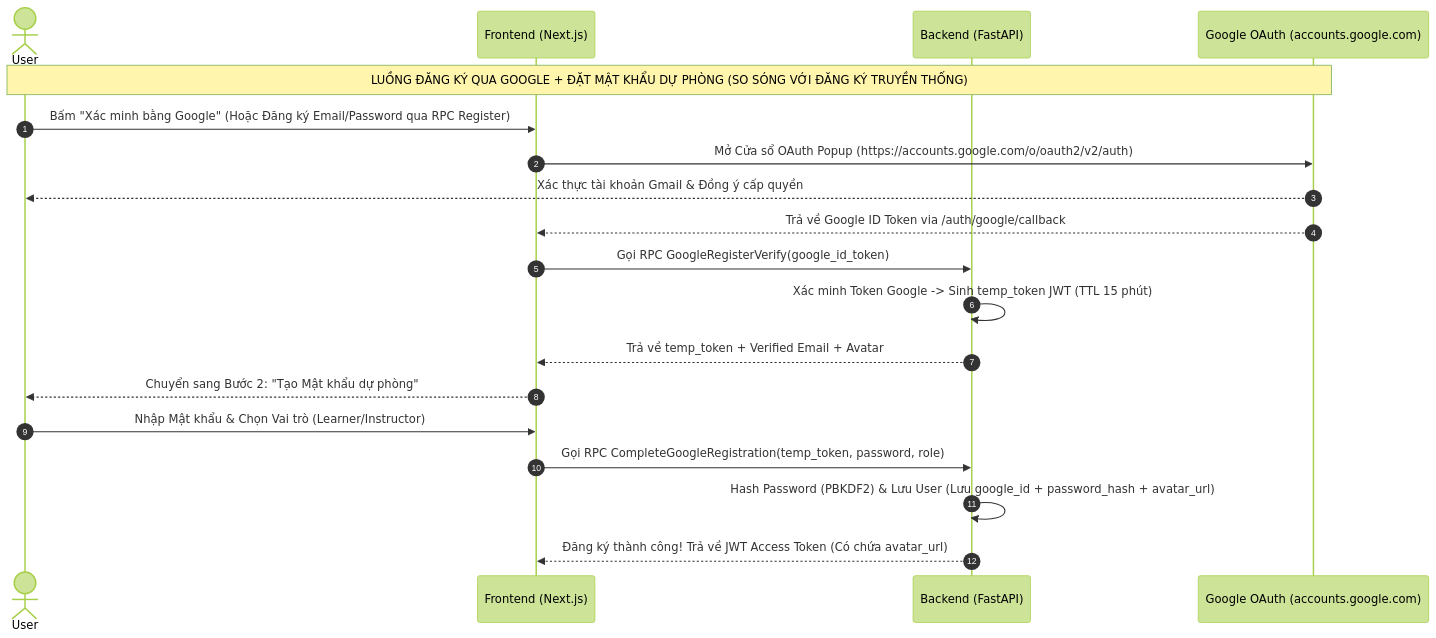
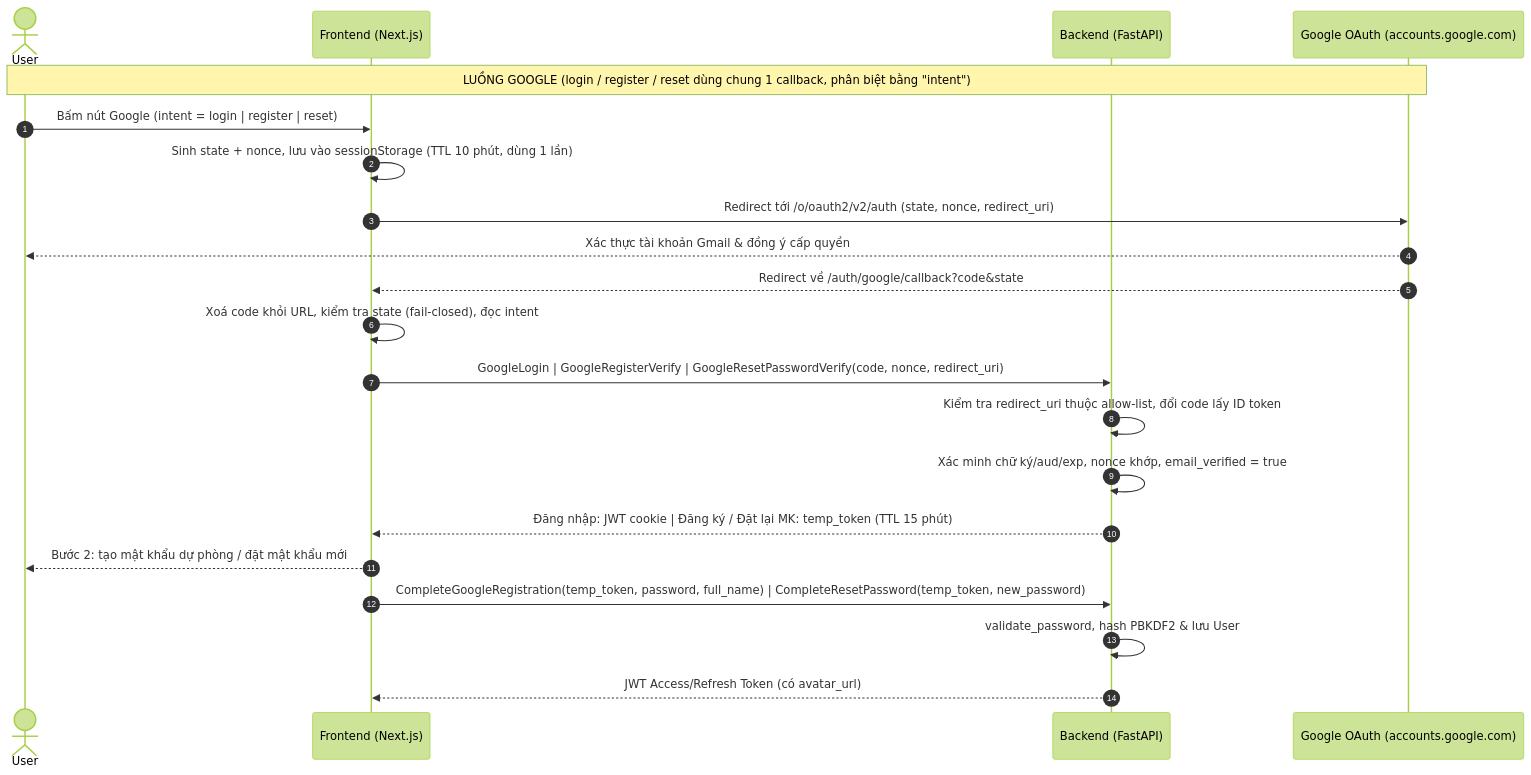
One commit to tianshi04/lms-ai-study-assistant changed the diagram in docs/07_authentication_and_authorization_architecture.md. Above: the diagram before and after it, drawn with Mermaid (forest theme). The commit also changed other lines of this file and 14 other files, not shown here.

Commit message:
fix(auth): remove mock Google auth and harden OAuth redirect flow (#95)

````diff
--- a/docs/07_authentication_and_authorization_architecture.md
+++ b/docs/07_authentication_and_authorization_architecture.md
@@ -90,22 +90,24 @@
 ```mermaid
 sequenceDiagram
     autonumber
     actor User
     participant FE as Frontend (Next.js)
     participant BE as Backend (FastAPI)
     participant GG as Google OAuth (accounts.google.com)
 
-    Note over User, GG: LUỒNG ĐĂNG KÝ QUA GOOGLE + ĐẶT MẬT KHẨU DỰ PHÒNG (SO SÓNG VỚI ĐĂNG KÝ TRUYỀN THỐNG)
-    User->>FE: Bấm "Xác minh bằng Google" (Hoặc Đăng ký Email/Password qua RPC Register)
-    FE->>GG: Mở Cửa sổ OAuth Popup (https://accounts.google.com/o/oauth2/v2/auth)
-    GG-->>User: Xác thực tài khoản Gmail & Đồng ý cấp quyền
-    GG-->>FE: Trả về Google ID Token via /auth/google/callback
-    FE->>BE: Gọi RPC GoogleRegisterVerify(google_id_token)
-    BE->>BE: Xác minh Token Google -> Sinh temp_token JWT (TTL 15 phút)
-    BE-->>FE: Trả về temp_token + Verified Email + Avatar
-    FE-->>User: Chuyển sang Bước 2: "Tạo Mật khẩu dự phòng"
-    User->>FE: Nhập Mật khẩu & Chọn Vai trò (Learner/Instructor)
-    FE->>BE: Gọi RPC CompleteGoogleRegistration(temp_token, password, role)
-    BE->>BE: Hash Password (PBKDF2) & Lưu User (Lưu google_id + password_hash + avatar_url)
-    BE-->>FE: Đăng ký thành công! Trả về JWT Access Token (Có chứa avatar_url)
+    Note over User, GG: LUỒNG GOOGLE (login / register / reset dùng chung 1 callback, phân biệt bằng "intent")
+    User->>FE: Bấm nút Google (intent = login | register | reset)
+    FE->>FE: Sinh state + nonce, lưu vào sessionStorage (TTL 10 phút, dùng 1 lần)
+    FE->>GG: Redirect tới /o/oauth2/v2/auth (state, nonce, redirect_uri)
+    GG-->>User: Xác thực tài khoản Gmail & đồng ý cấp quyền
+    GG-->>FE: Redirect về /auth/google/callback?code&state
+    FE->>FE: Xoá code khỏi URL, kiểm tra state (fail-closed), đọc intent
+    FE->>BE: GoogleLogin | GoogleRegisterVerify | GoogleResetPasswordVerify(code, nonce, redirect_uri)
+    BE->>BE: Kiểm tra redirect_uri thuộc allow-list, đổi code lấy ID token
+    BE->>BE: Xác minh chữ ký/aud/exp, nonce khớp, email_verified = true
+    BE-->>FE: Đăng nhập: JWT cookie | Đăng ký / Đặt lại MK: temp_token (TTL 15 phút)
+    FE-->>User: Bước 2: tạo mật khẩu dự phòng / đặt mật khẩu mới
+    FE->>BE: CompleteGoogleRegistration(temp_token, password, full_name) | CompleteResetPassword(temp_token, new_password)
+    BE->>BE: validate_password, hash PBKDF2 & lưu User
+    BE-->>FE: JWT Access/Refresh Token (có avatar_url)
 ```
````
